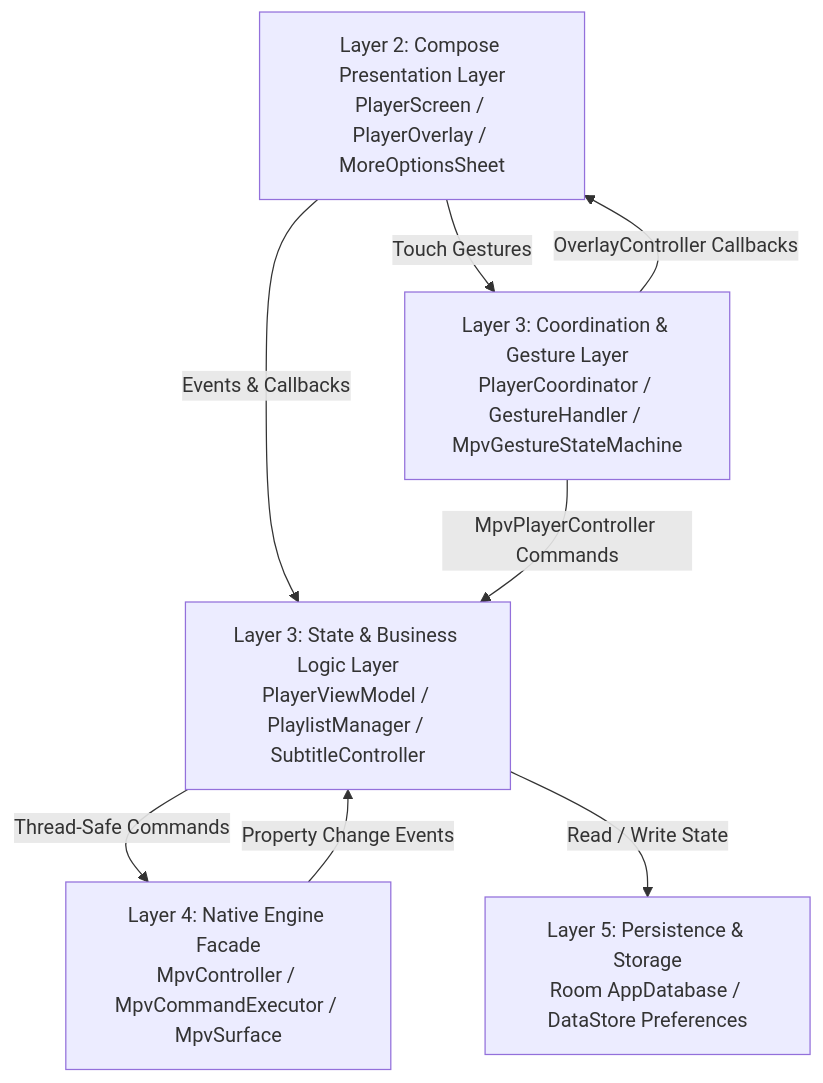
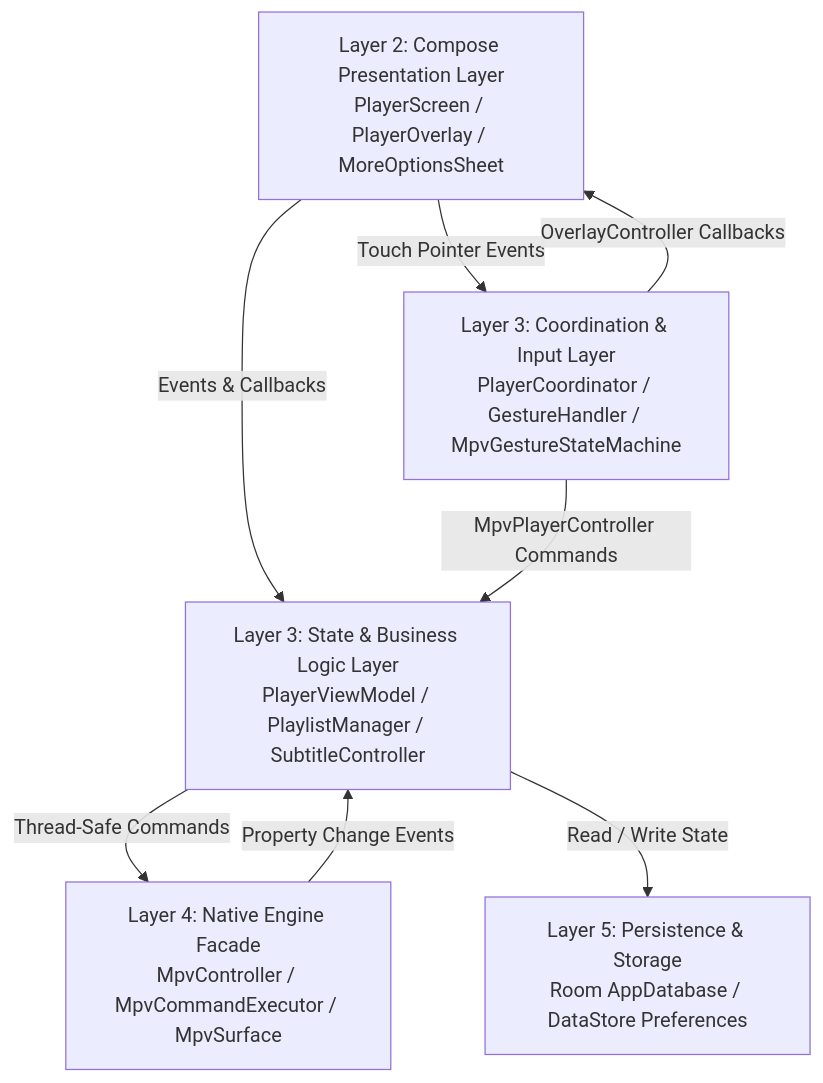
The first of 2 diagrams in map.md (tapman104/potato-diff-v3), drawn with Mermaid before and after one commit. The commit also changed other lines of this file, not shown here.

````diff
--- a/map.md
+++ b/map.md
@@ -140,16 +155,16 @@
 ```mermaid
 graph TD
     UI[Layer 2: Compose Presentation Layer<br>PlayerScreen / PlayerOverlay / MoreOptionsSheet]
-    COORD[Layer 3: Coordination & Gesture Layer<br>PlayerCoordinator / GestureHandler / MpvGestureStateMachine]
+    COORD[Layer 3: Coordination & Input Layer<br>PlayerCoordinator / GestureHandler / MpvGestureStateMachine]
     VM[Layer 3: State & Business Logic Layer<br>PlayerViewModel / PlaylistManager / SubtitleController]
     ENGINE[Layer 4: Native Engine Facade<br>MpvController / MpvCommandExecutor / MpvSurface]
     DB[Layer 5: Persistence & Storage<br>Room AppDatabase / DataStore Preferences]
 
     UI -->|Events & Callbacks| VM
-    UI -->|Touch Gestures| COORD
+    UI -->|Touch Pointer Events| COORD
     COORD -->|MpvPlayerController Commands| VM
     COORD -->|OverlayController Callbacks| UI
     VM -->|Thread-Safe Commands| ENGINE
     VM -->|Read / Write State| DB
     ENGINE -->|Property Change Events| VM
 ```
````
